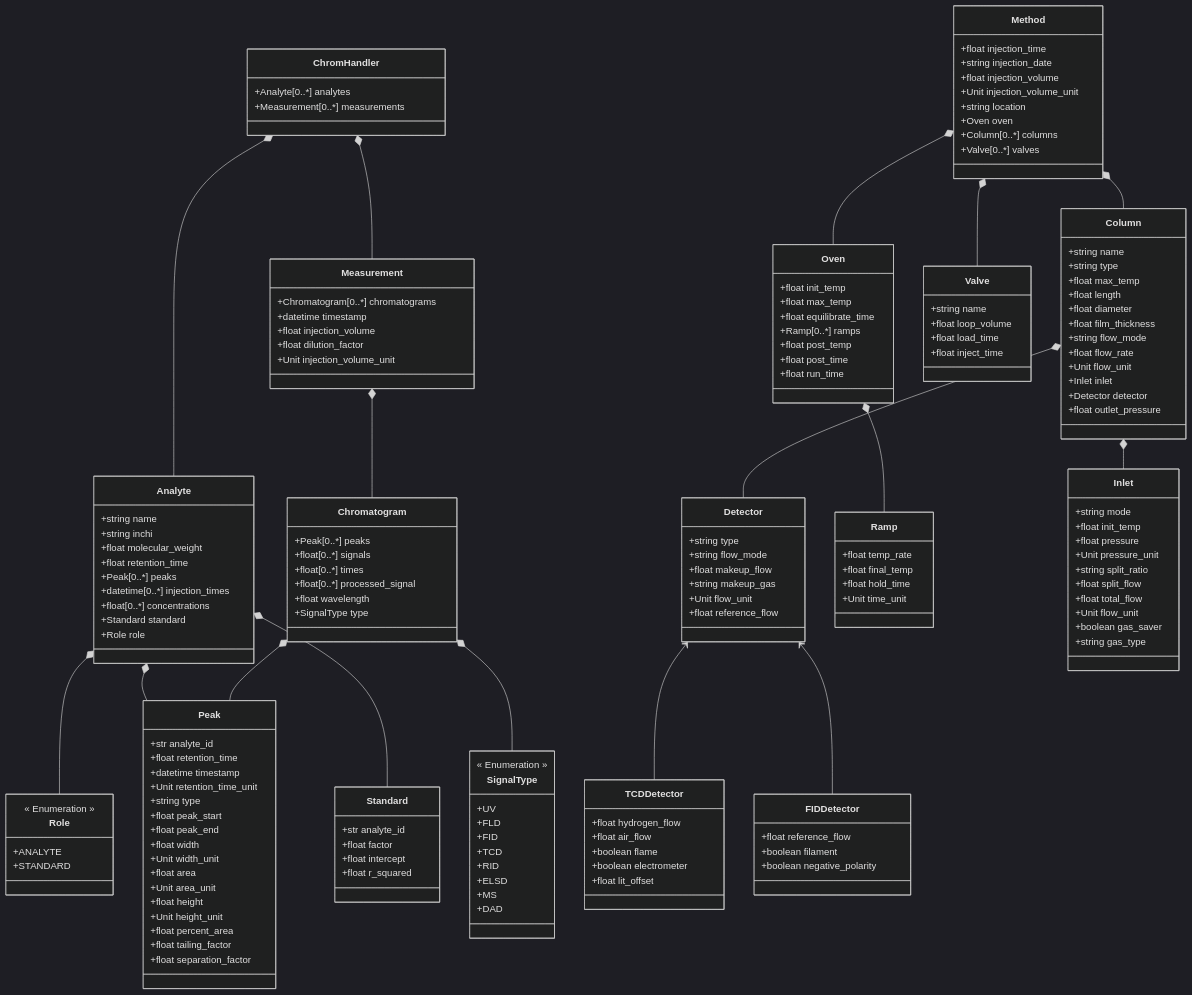
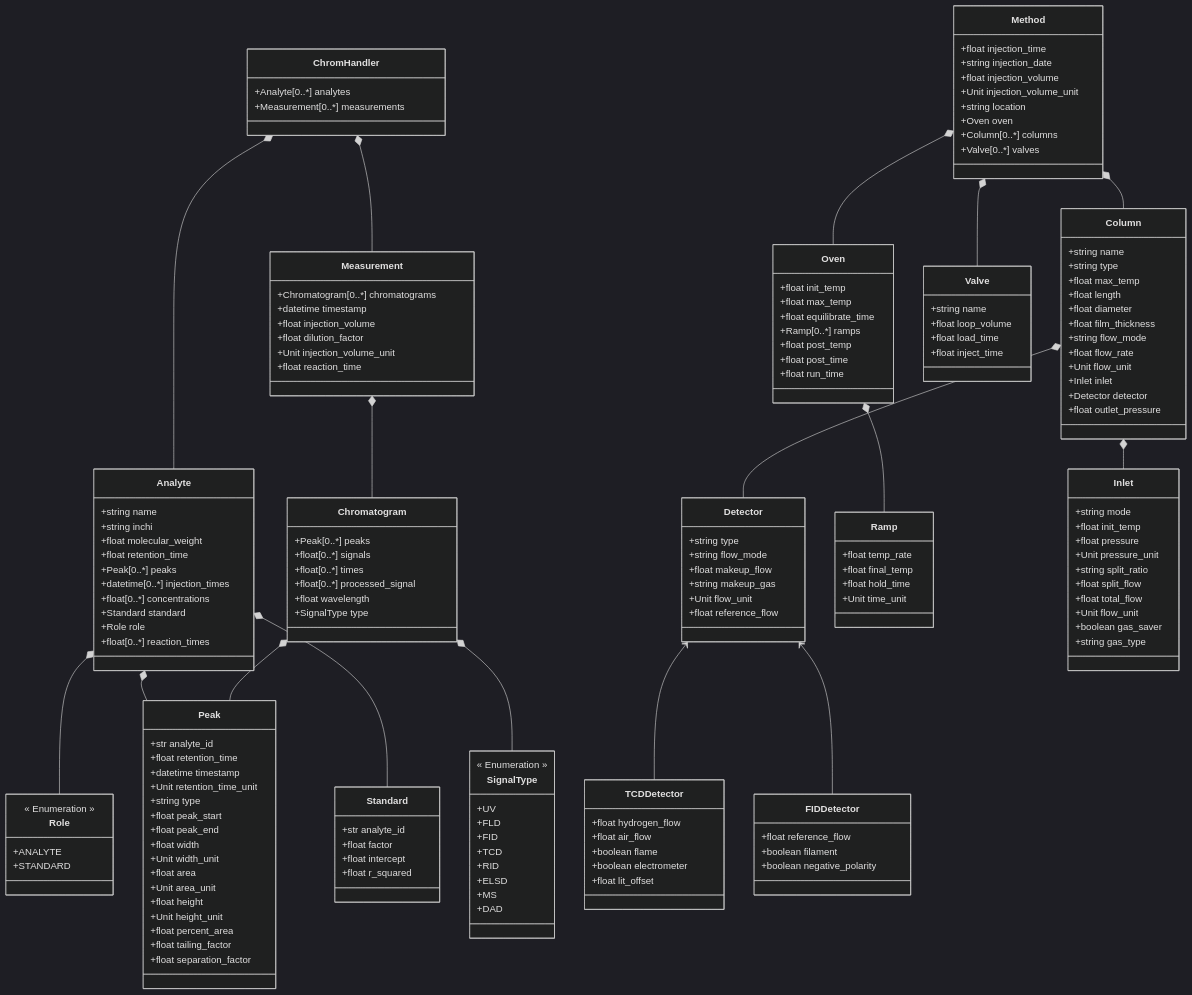
Before and after one commit to FAIRChemistry/chromatopy: the diagram in chromatopy/schemes/chromatopy_schema.md, drawn with Mermaid (dark theme). The commit also changed 7 other files, not shown here.

```diff
--- a/chromatopy/schemes/chromatopy_schema.md
+++ b/chromatopy/schemes/chromatopy_schema.md
@@ -32,6 +32,7 @@
         +float[0..*] concentrations
         +Standard standard
         +Role role
+        +float[0..*] reaction_times
     }
     
     class Measurement {
@@ -40,6 +41,7 @@
         +float injection_volume
         +float dilution_factor
         +Unit injection_volume_unit
+        +float reaction_time
     }
     
     class Chromatogram {
```
